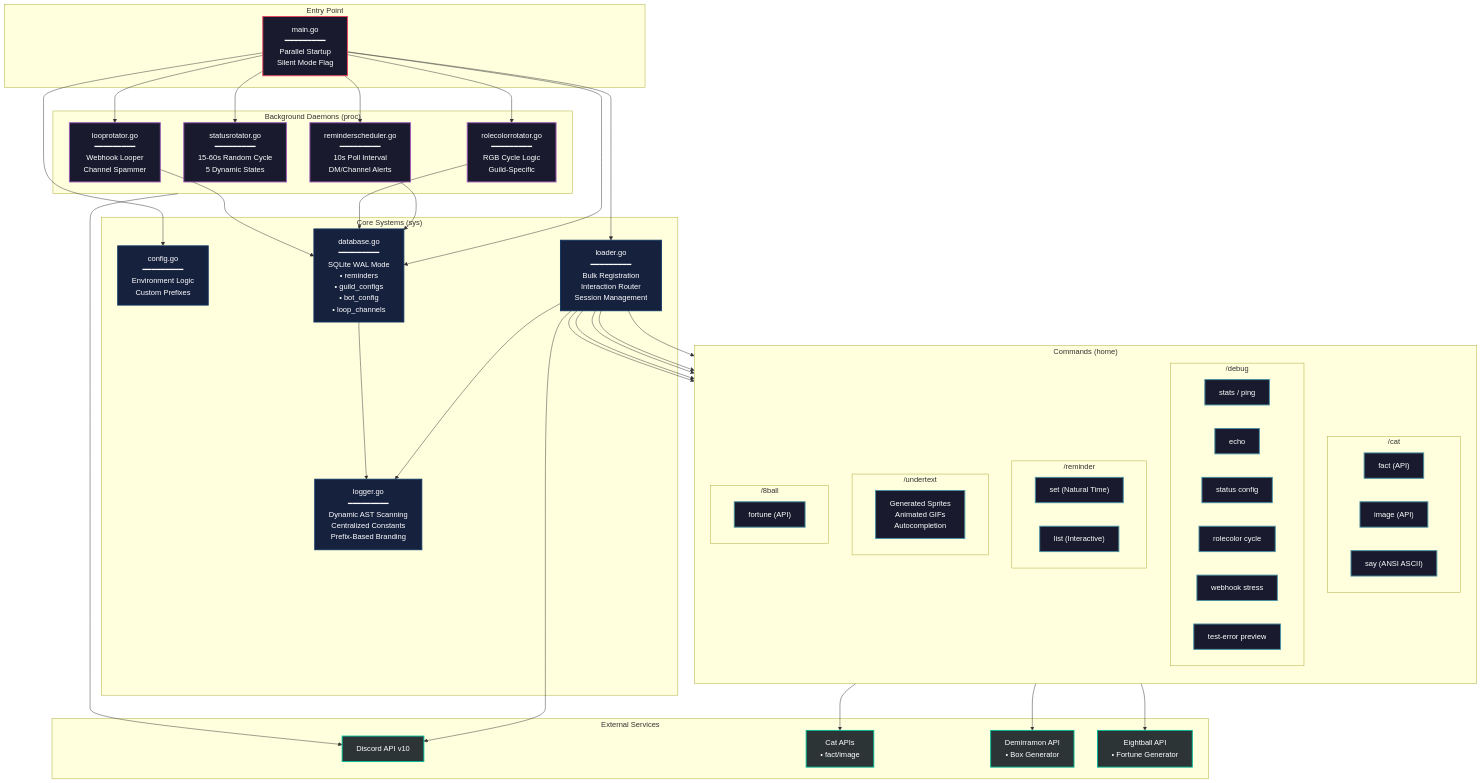
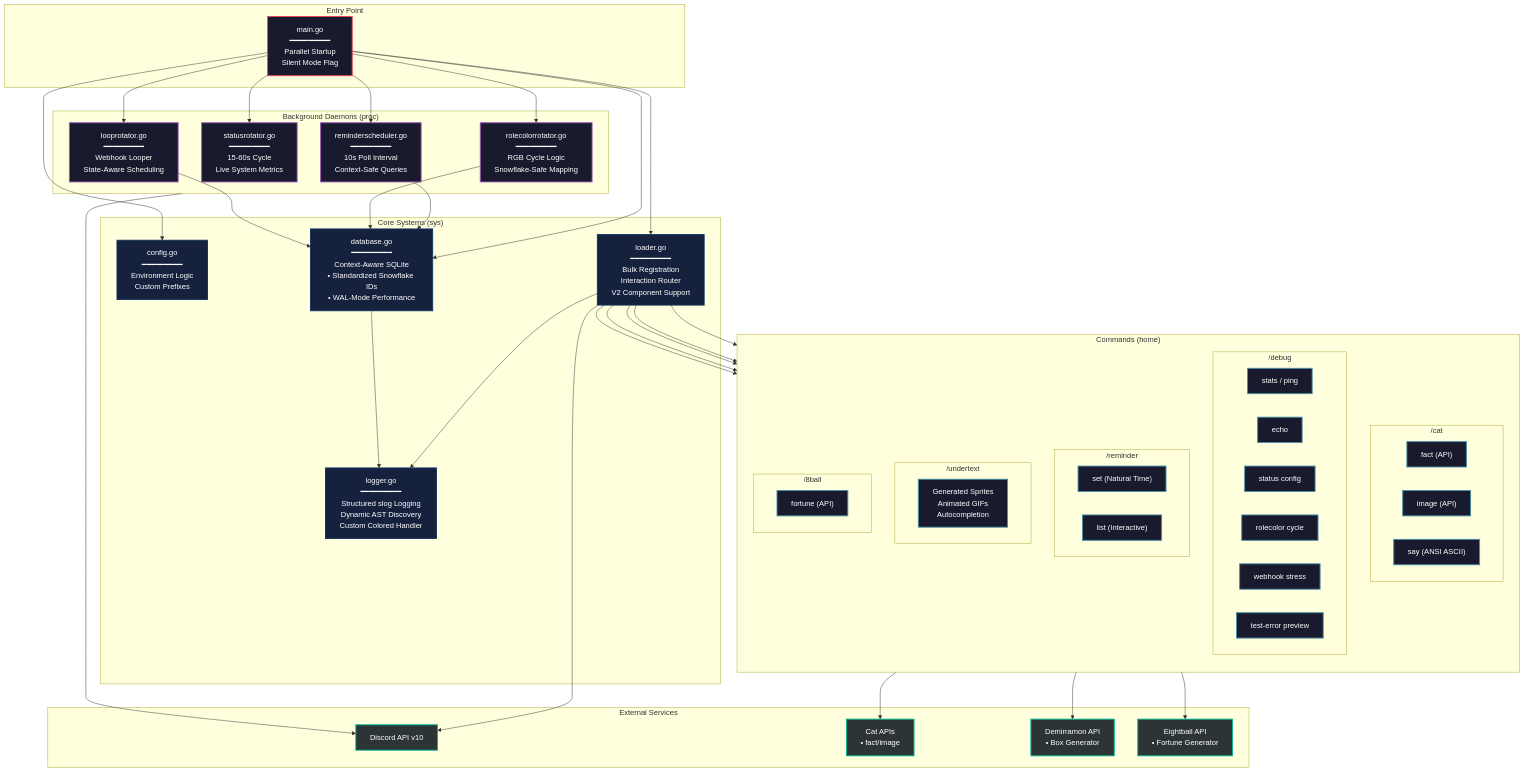
One commit to leeineian/kokoro changed the diagram in README.md. Above: the diagram before and after it, drawn with Mermaid. The commit also changed other lines of this file and 32 other files, not shown here.

Commit message:
feat: Refactor to use disgo, implement robust process locking, migrate to structured logging.

```diff
--- a/README.md
+++ b/README.md
@@ -6,9 +6,9 @@
 
     subgraph Core["Core Systems (sys)"]
         Config["config.go<br/>━━━━━━━━━<br/>Environment Logic<br/>Custom Prefixes"]
-        Database["database.go<br/>━━━━━━━━━<br/>SQLite WAL Mode<br/>• reminders<br/>• guild_configs<br/>• bot_config<br/>• loop_channels"]
-        Loader["loader.go<br/>━━━━━━━━━<br/>Bulk Registration<br/>Interaction Router<br/>Session Management"]
-        Logger["logger.go<br/>━━━━━━━━━<br/>Dynamic AST Scanning<br/>Centralized Constants<br/>Prefix-Based Branding"]
+        Database["database.go<br/>━━━━━━━━━<br/>Context-Aware SQLite<br/>• Standardized Snowflake IDs<br/>• WAL-Mode Performance"]
+        Loader["loader.go<br/>━━━━━━━━━<br/>Bulk Registration<br/>Interaction Router<br/>V2 Component Support"]
+        Logger["logger.go<br/>━━━━━━━━━<br/>Structured slog Logging<br/>Dynamic AST Discovery<br/>Custom Colored Handler"]
     end
 
     subgraph Commands["Commands (home)"]
@@ -44,10 +44,10 @@
     end
 
     subgraph Daemons["Background Daemons (proc)"]
-        ReminderScheduler["reminderscheduler.go<br/>━━━━━━━━━<br/>10s Poll Interval<br/>DM/Channel Alerts"]
-        StatusRotator["statusrotator.go<br/>━━━━━━━━━<br/>15-60s Random Cycle<br/>5 Dynamic States"]
-        RoleColorRotator["rolecolorrotator.go<br/>━━━━━━━━━<br/>RGB Cycle Logic<br/>Guild-Specific"]
-        LoopRotator["looprotator.go<br/>━━━━━━━━━<br/>Webhook Looper<br/>Channel Spammer"]
+        ReminderScheduler["reminderscheduler.go<br/>━━━━━━━━━<br/>10s Poll Interval<br/>Context-Safe Queries"]
+        StatusRotator["statusrotator.go<br/>━━━━━━━━━<br/>15-60s Cycle<br/>Live System Metrics"]
+        RoleColorRotator["rolecolorrotator.go<br/>━━━━━━━━━<br/>RGB Cycle Logic<br/>Snowflake-Safe Mapping"]
+        LoopRotator["looprotator.go<br/>━━━━━━━━━<br/>Webhook Looper<br/>State-Aware Scheduling"]
     end
 
     subgraph External["External Services"]
```
